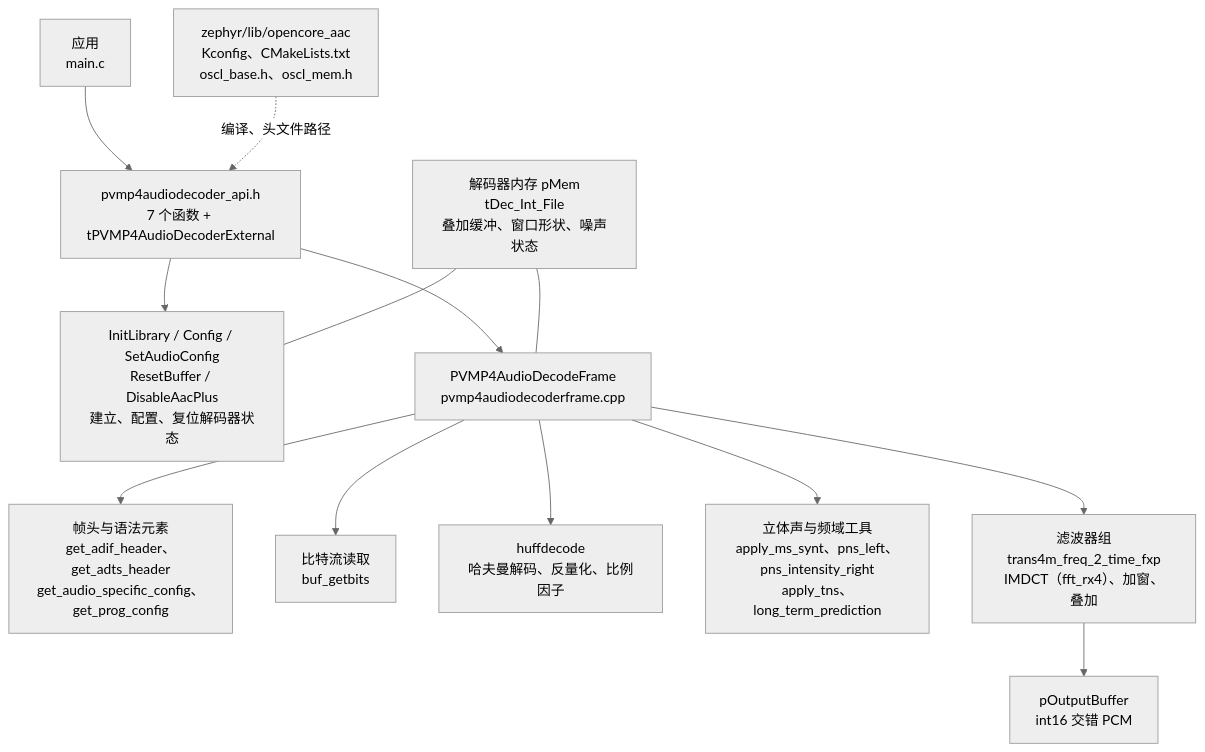
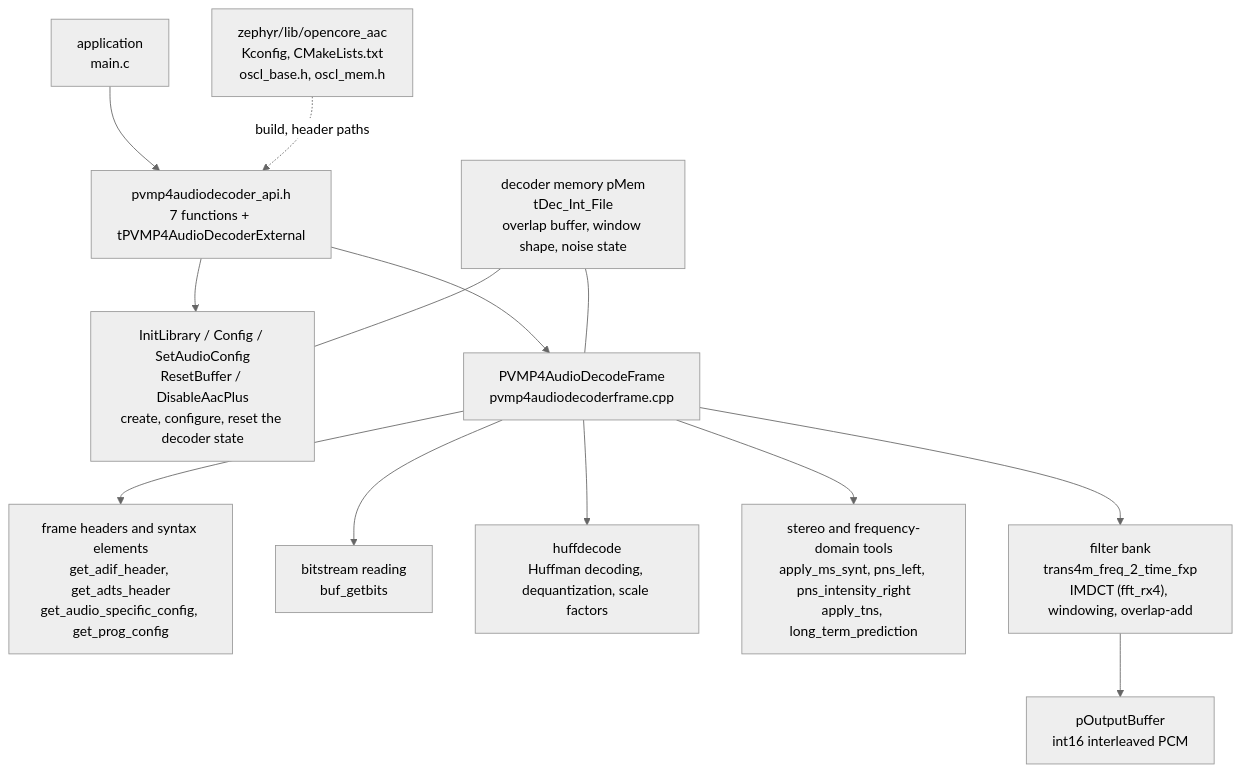
One commit to YuzukiHD/YuzukiNeko changed the first of 2 diagrams in docs/src/content/docs/dev/zephyr/components/aac.md. Above: the diagram before and after it, drawn with Mermaid (neutral theme). The commit also changed other lines of this file and 216 other files, not shown here.

````diff
--- a/docs/src/content/docs/dev/zephyr/components/aac.md
+++ b/docs/src/content/docs/dev/zephyr/components/aac.md
@@ -19,15 +19,15 @@
 ```mermaid
 flowchart TB
-    APP["应用<br/>main.c"] --> API["pvmp4audiodecoder_api.h<br/>7 个函数 + tPVMP4AudioDecoderExternal"]
-    GLUE["zephyr/lib/opencore_aac<br/>Kconfig、CMakeLists.txt<br/>oscl_base.h、oscl_mem.h"] -.编译、头文件路径.-> API
-    API --> INIT["InitLibrary / Config / SetAudioConfig<br/>ResetBuffer / DisableAacPlus<br/>建立、配置、复位解码器状态"]
+    APP["application<br/>main.c"] --> API["pvmp4audiodecoder_api.h<br/>7 functions + tPVMP4AudioDecoderExternal"]
+    GLUE["zephyr/lib/opencore_aac<br/>Kconfig, CMakeLists.txt<br/>oscl_base.h, oscl_mem.h"] -.build, header paths.-> API
+    API --> INIT["InitLibrary / Config / SetAudioConfig<br/>ResetBuffer / DisableAacPlus<br/>create, configure, reset the decoder state"]
     API --> FRAME["PVMP4AudioDecodeFrame<br/>pvmp4audiodecoderframe.cpp"]
-    FRAME --> HDR["帧头与语法元素<br/>get_adif_header、get_adts_header<br/>get_audio_specific_config、get_prog_config"]
-    FRAME --> BITS["比特流读取<br/>buf_getbits"]
-    FRAME --> HUFF["huffdecode<br/>哈夫曼解码、反量化、比例因子"]
-    FRAME --> TOOLS["立体声与频域工具<br/>apply_ms_synt、pns_left、pns_intensity_right<br/>apply_tns、long_term_prediction"]
-    FRAME --> FB["滤波器组<br/>trans4m_freq_2_time_fxp<br/>IMDCT（fft_rx4）、加窗、叠加"]
-    STATE["解码器内存 pMem<br/>tDec_Int_File<br/>叠加缓冲、窗口形状、噪声状态"] --- FRAME
+    FRAME --> HDR["frame headers and syntax elements<br/>get_adif_header, get_adts_header<br/>get_audio_specific_config, get_prog_config"]
+    FRAME --> BITS["bitstream reading<br/>buf_getbits"]
+    FRAME --> HUFF["huffdecode<br/>Huffman decoding, dequantization, scale factors"]
+    FRAME --> TOOLS["stereo and frequency-domain tools<br/>apply_ms_synt, pns_left, pns_intensity_right<br/>apply_tns, long_term_prediction"]
+    FRAME --> FB["filter bank<br/>trans4m_freq_2_time_fxp<br/>IMDCT (fft_rx4), windowing, overlap-add"]
+    STATE["decoder memory pMem<br/>tDec_Int_File<br/>overlap buffer, window shape, noise state"] --- FRAME
     STATE --- INIT
-    FB --> OUT["pOutputBuffer<br/>int16 交错 PCM"]
+    FB --> OUT["pOutputBuffer<br/>int16 interleaved PCM"]
 ```
````
